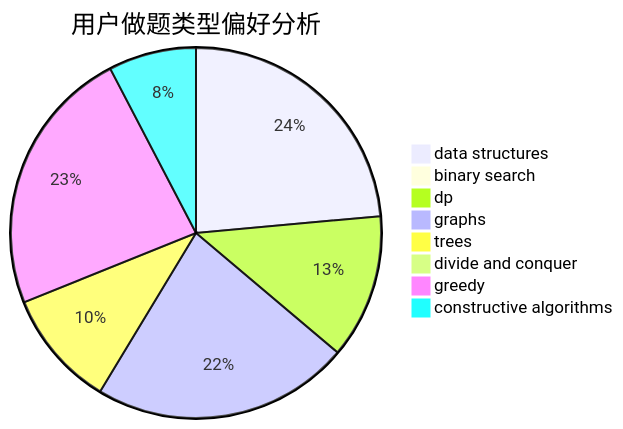
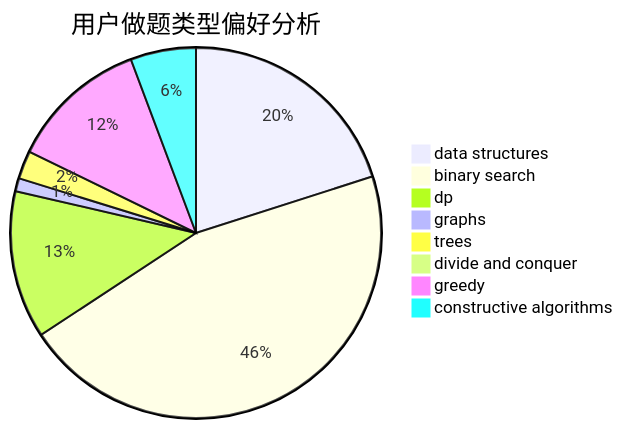
Before and after one commit to sherpahu/cfrs.github.io: the second of 3 diagrams in docs/user/u2039.md, drawn with Mermaid. The commit also changed other lines of this file and 2770 other files, not shown here.

````diff
--- a/docs/user/u2039.md
+++ b/docs/user/u2039.md
@@ -23,11 +23,11 @@
 ```mermaid
 pie title 用户做题类型偏好分析
-    "data structures" :  200
-    "binary search" :  0
-    "dp" :  107
-    "graphs" :  191
-    "trees" :  87
+    "data structures" :  123
+    "binary search" :  280
+    "dp" :  79
+    "graphs" :  7
+    "trees" :  15
     "divide and conquer" :  0
-    "greedy" :  199
-    "constructive algorithms" :  65
+    "greedy" :  74
+    "constructive algorithms" :  35
 ```
````
